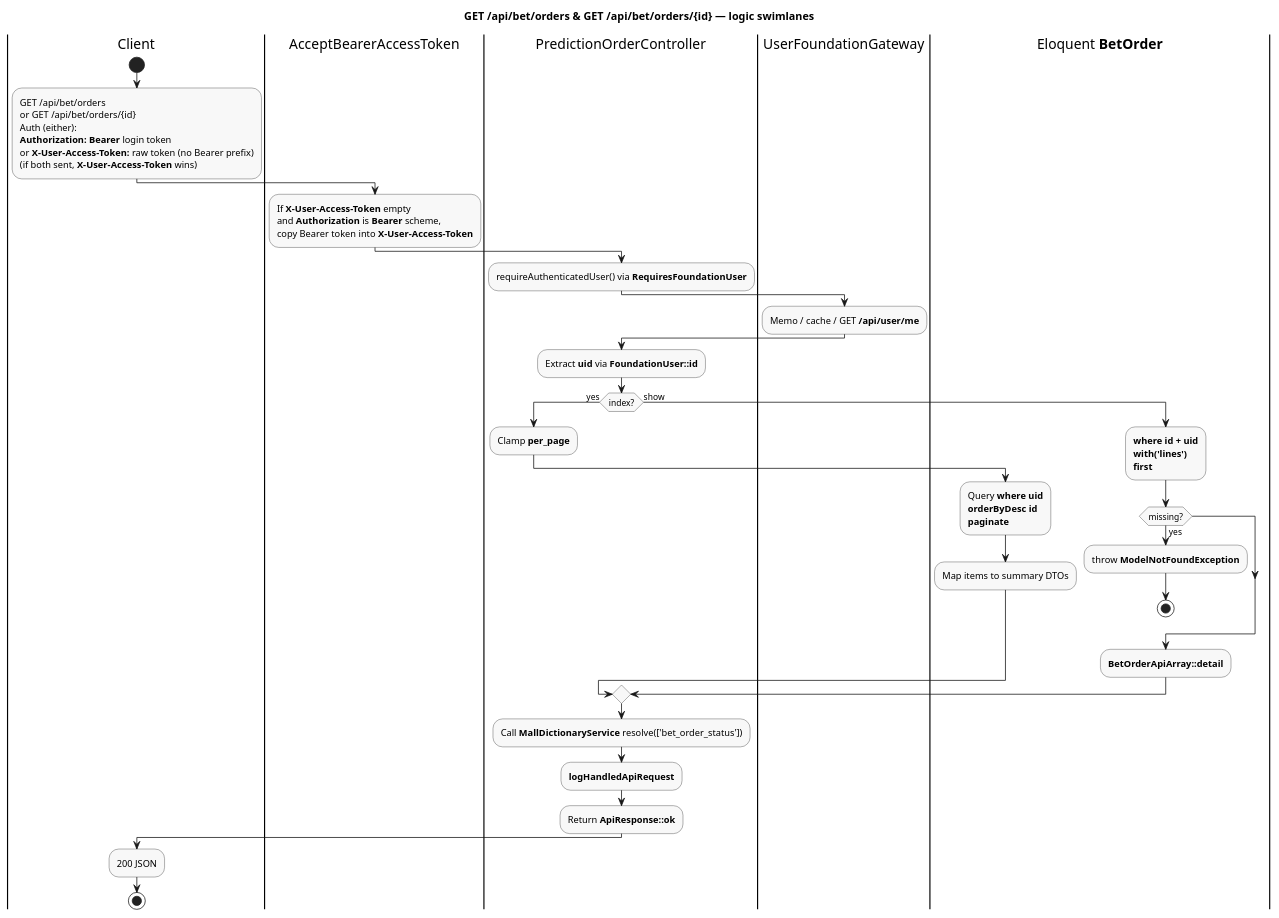
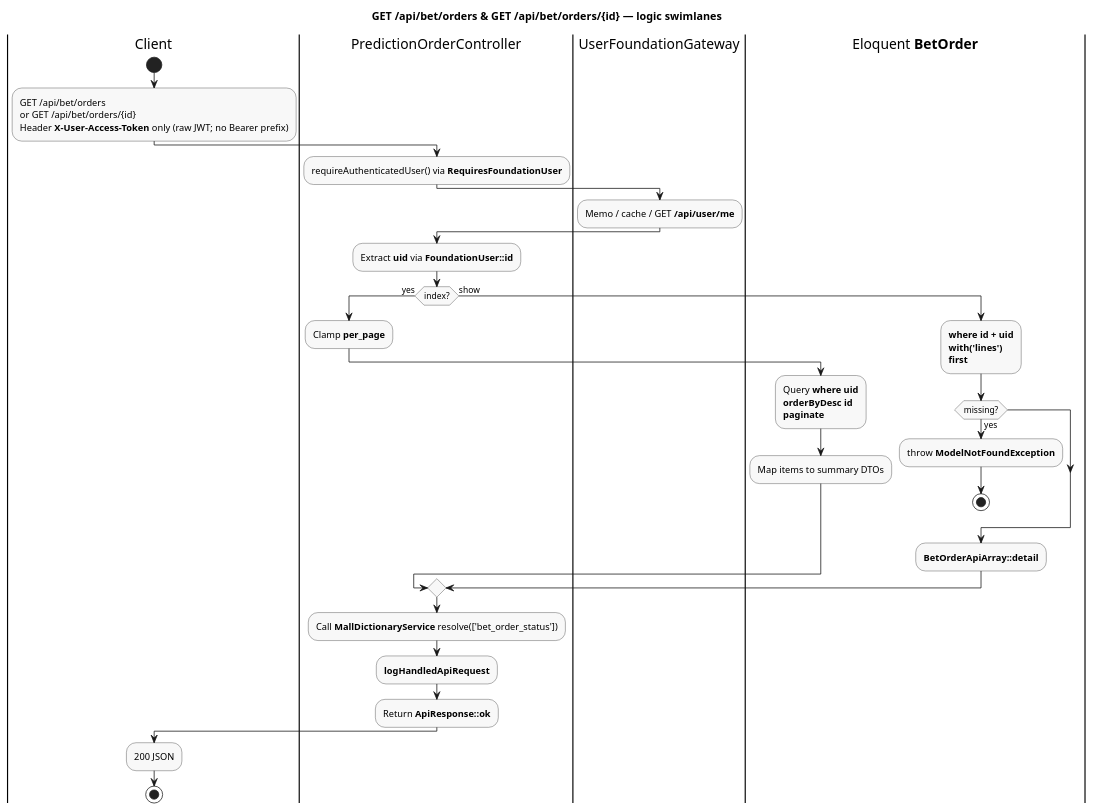
One commit to zhang1career/bet-agg changed the diagram in docs/design/api-bet-orders.puml. Above: the diagram before and after it, drawn with PlantUML. The commit also changed 6 other files, not shown here.

```diff
--- a/docs/design/api-bet-orders.puml
+++ b/docs/design/api-bet-orders.puml
@@ -1,46 +1,43 @@
 @startuml api-bet-orders
 title GET /api/bet/orders & GET /api/bet/orders/{id} — logic swimlanes
 
 skinparam ActivityBackgroundColor #F8F8F8
 skinparam ActivityBorderColor #333333
 
 |Client|
 start
-:GET /api/bet/orders\nor GET /api/bet/orders/{id}\nAuth (either):\n**Authorization: Bearer** login token\nor **X-User-Access-Token:** raw token (no Bearer prefix)\n(if both sent, **X-User-Access-Token** wins);
-
-|AcceptBearerAccessToken|
-:If **X-User-Access-Token** empty\nand **Authorization** is **Bearer** scheme,\ncopy Bearer token into **X-User-Access-Token**;
+:GET /api/bet/orders\nor GET /api/bet/orders/{id}\nHeader **X-User-Access-Token** only (raw JWT; no Bearer prefix);
 
 |PredictionOrderController|
 :requireAuthenticatedUser() via **RequiresFoundationUser**;
 |UserFoundationGateway|
 :Memo / cache / GET **/api/user/me**;
 |PredictionOrderController|
 :Extract **uid** via **FoundationUser::id**;
 
 |PredictionOrderController|
 if (index?) then (yes)
   :Clamp **per_page**;
   |Eloquent **BetOrder**|
   :Query **where uid**\n**orderByDesc id**\n**paginate**;
   :Map items to summary DTOs;
 else (show)
   |Eloquent **BetOrder**|
   :**where id + uid**\n**with('lines')**\n**first**;
   if (missing?) then (yes)
     :throw **ModelNotFoundException**;
     stop
   endif
   :**BetOrderApiArray::detail**;
 endif
 
 |PredictionOrderController|
 :Call **MallDictionaryService** resolve(['bet_order_status']);
 :**logHandledApiRequest**;
 :Return **ApiResponse::ok**;
 
 |Client|
 :200 JSON;
 stop
 
 @enduml
```
